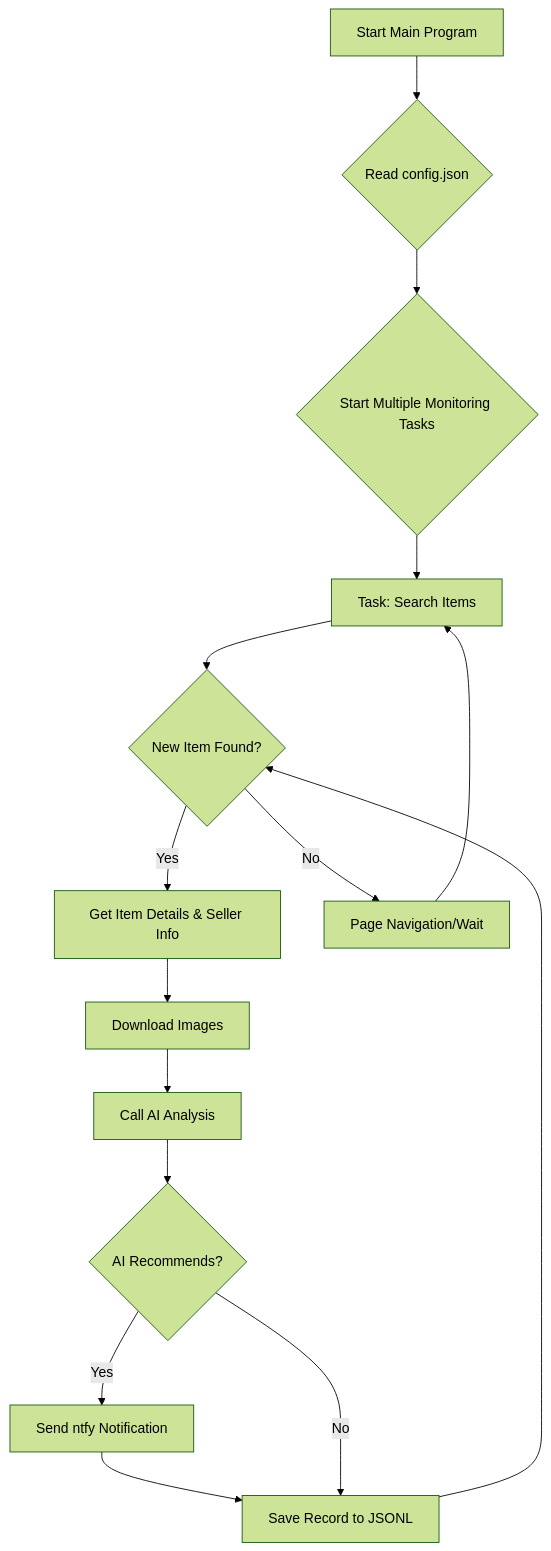
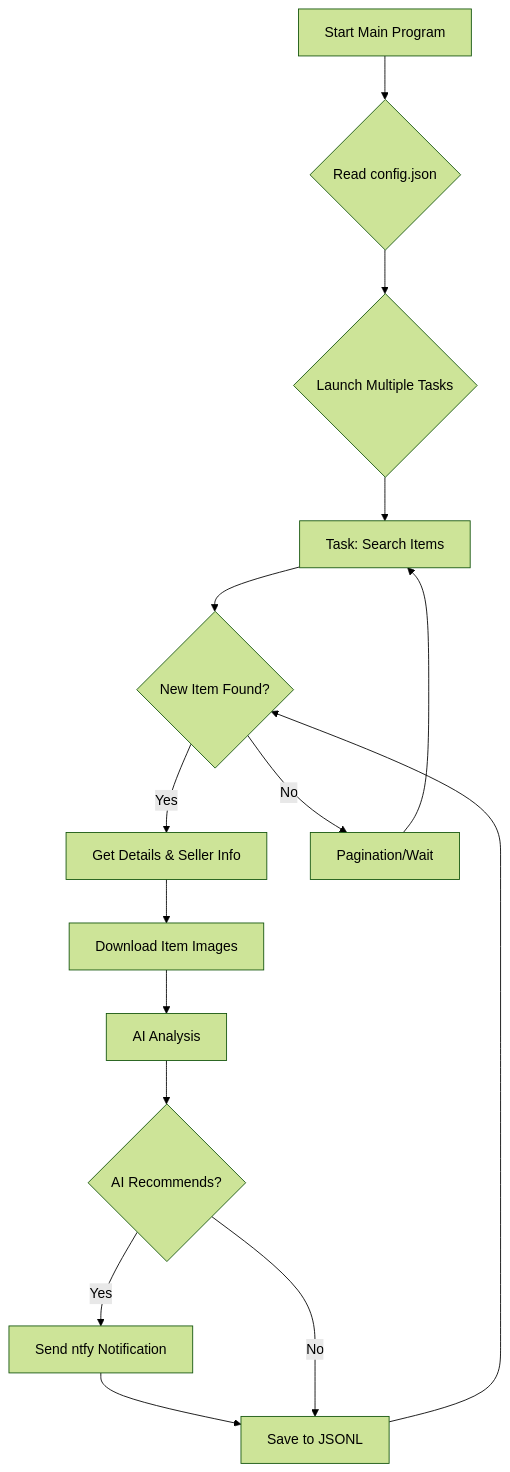
The diagram in docs/dingyufei615-ai-goofish-monitor.md (saurav-z/repo-docs), drawn with Mermaid (forest theme) before and after one commit. The commit also changed other lines of this file and 166 other files, not shown here.

````diff
--- a/docs/dingyufei615-ai-goofish-monitor.md
+++ b/docs/dingyufei615-ai-goofish-monitor.md
@@ -165,17 +157,17 @@
 ```mermaid
 graph TD
     A[Start Main Program] --> B{Read config.json};
-    B --> C{Start Multiple Monitoring Tasks};
+    B --> C{Launch Multiple Tasks};
     C --> D[Task: Search Items];
     D --> E{New Item Found?};
-    E -- Yes --> F[Get Item Details & Seller Info];
-    F --> G[Download Images];
-    G --> H[Call AI Analysis];
+    E -- Yes --> F[Get Details & Seller Info];
+    F --> G[Download Item Images];
+    G --> H[AI Analysis];
     H --> I{AI Recommends?};
     I -- Yes --> J[Send ntfy Notification];
-    J --> K[Save Record to JSONL];
+    J --> K[Save to JSONL];
     I -- No --> K;
-    E -- No --> L[Page Navigation/Wait];
+    E -- No --> L[Pagination/Wait];
     L --> D;
     K --> E;
 ```
````
